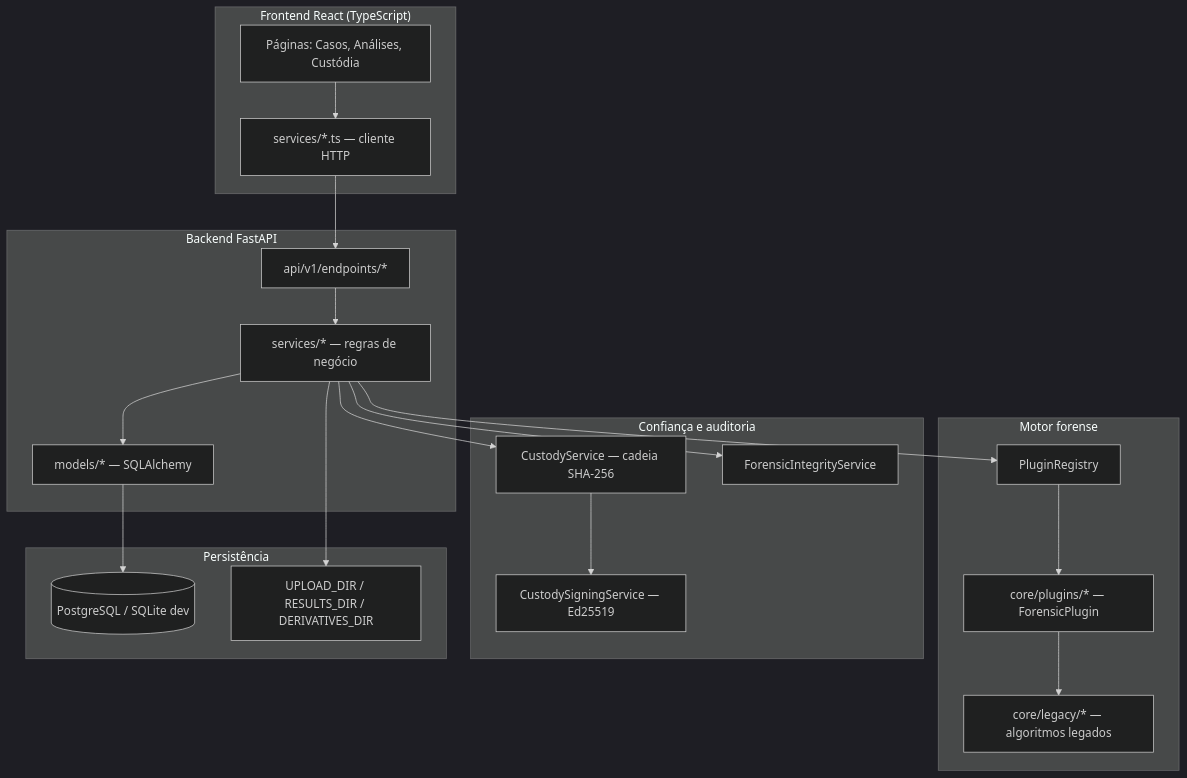
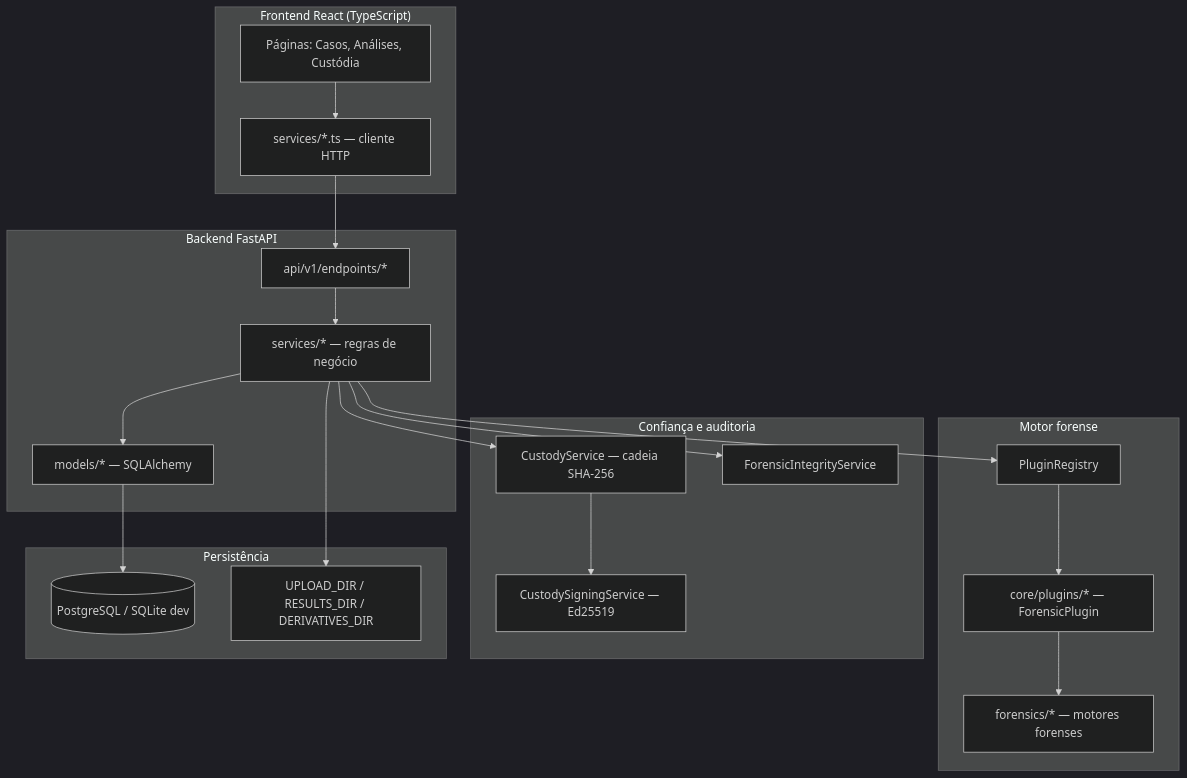
Before and after one commit to peritopaulomax/ForensicAuth: the first of 3 diagrams in docs/developer/01-visao-geral.md, drawn with Mermaid (dark theme). The commit also changed other lines of this file and 2728 other files, not shown here.

````diff
--- a/docs/developer/01-visao-geral.md
+++ b/docs/developer/01-visao-geral.md
@@ -30,43 +31,43 @@
 ```mermaid
 flowchart TB
   subgraph UI["Frontend React (TypeScript)"]
     Pages[Páginas: Casos, Análises, Custódia]
     Services[services/*.ts — cliente HTTP]
   end
 
   subgraph API["Backend FastAPI"]
     Endpoints[api/v1/endpoints/*]
     Svc[services/* — regras de negócio]
     Models[models/* — SQLAlchemy]
   end
 
   subgraph Forensic["Motor forense"]
     Registry[PluginRegistry]
     Plugins[core/plugins/* — ForensicPlugin]
-    Legacy[core/legacy/* — algoritmos legados]
+    Engines[forensics/* — motores forenses]
   end
 
   subgraph Trust["Confiança e auditoria"]
     Custody[CustodyService — cadeia SHA-256]
     Sign[CustodySigningService — Ed25519]
     Integrity[ForensicIntegrityService]
   end
 
   subgraph Storage["Persistência"]
     DB[(PostgreSQL / SQLite dev)]
     Disk[UPLOAD_DIR / RESULTS_DIR / DERIVATIVES_DIR]
   end
 
   Pages --> Services
   Services --> Endpoints
   Endpoints --> Svc
   Svc --> Models
   Svc --> Registry
   Registry --> Plugins
-  Plugins --> Legacy
+  Plugins --> Engines
   Svc --> Custody
   Custody --> Sign
   Svc --> Integrity
   Models --> DB
   Svc --> Disk
 ```
````
